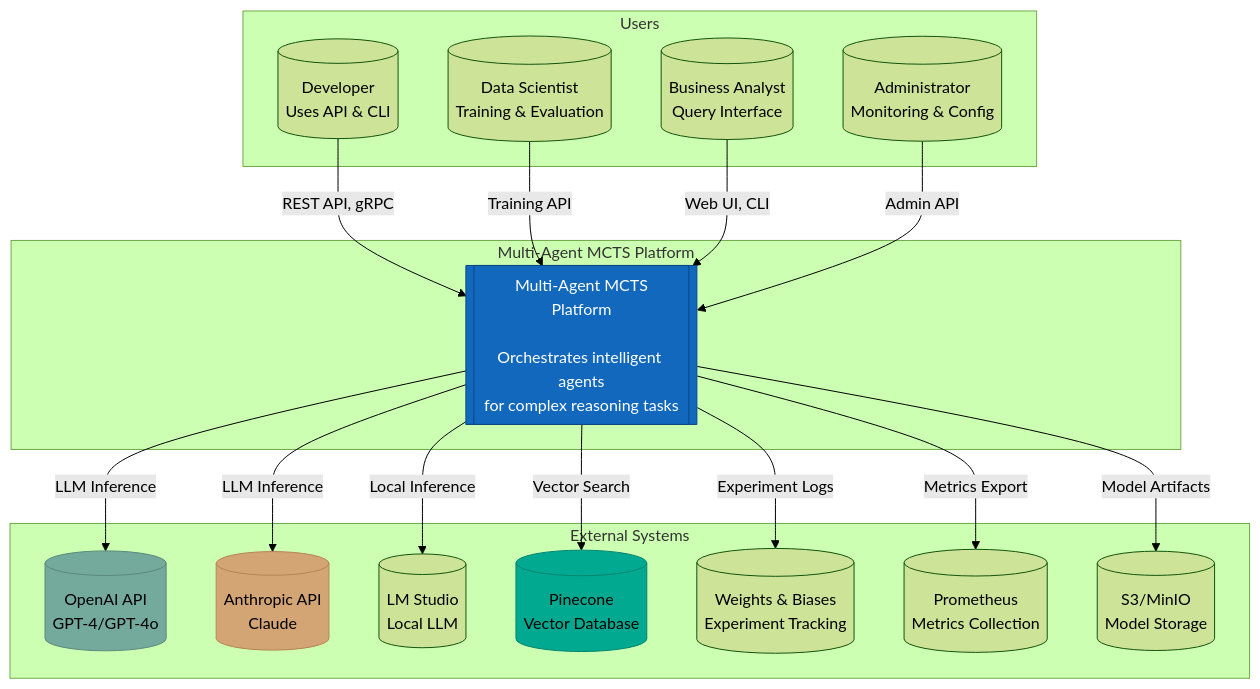
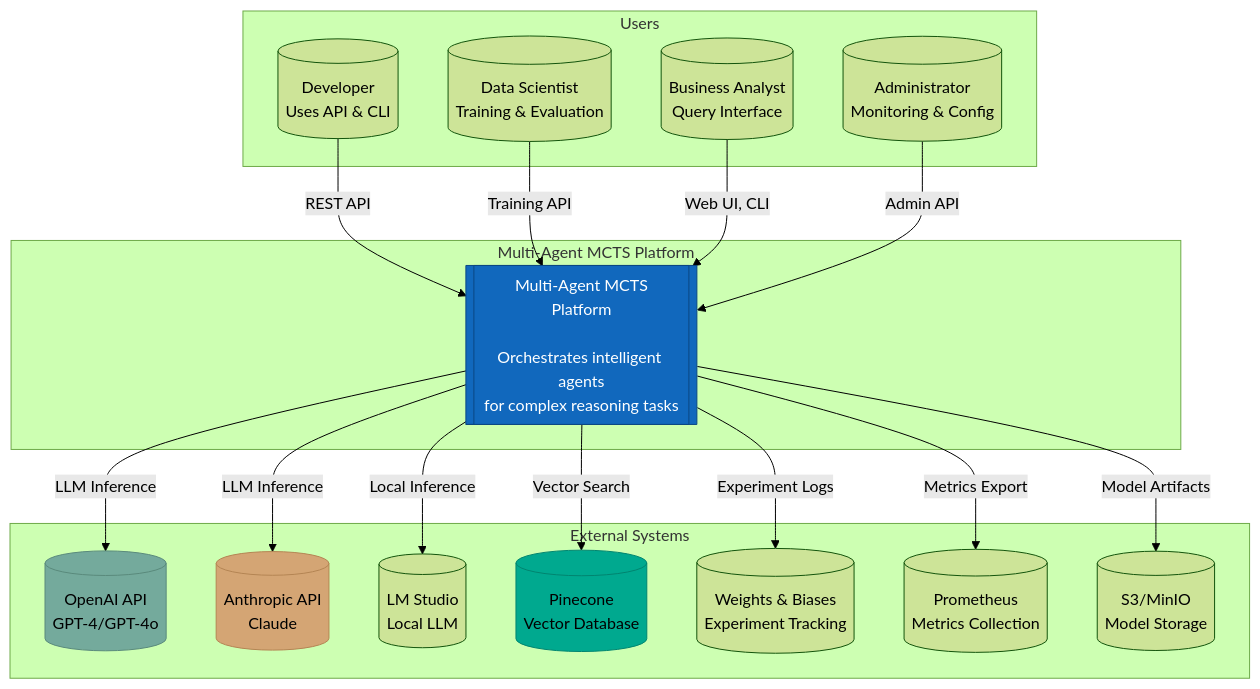
Before and after one commit to ianshank/langgraph_multi_agent_mcts: the first of 20 diagrams in docs/C4_MERMAID_ARCHITECTURE.md, drawn with Mermaid (forest theme). The commit also changed other lines of this file and 3 other files, not shown here.

````diff
--- a/docs/C4_MERMAID_ARCHITECTURE.md
+++ b/docs/C4_MERMAID_ARCHITECTURE.md
@@ -24,41 +24,41 @@
 ```mermaid
 flowchart TB
     subgraph Users["Users"]
         DEV[("Developer<br/>Uses API & CLI")]
         DS[("Data Scientist<br/>Training & Evaluation")]
         ANALYST[("Business Analyst<br/>Query Interface")]
         ADMIN[("Administrator<br/>Monitoring & Config")]
     end
 
     subgraph Core["Multi-Agent MCTS Platform"]
         PLATFORM[["Multi-Agent MCTS<br/>Platform<br/><br/>Orchestrates intelligent agents<br/>for complex reasoning tasks"]]
     end
 
     subgraph External["External Systems"]
         OPENAI[("OpenAI API<br/>GPT-4/GPT-4o")]
         ANTHROPIC[("Anthropic API<br/>Claude")]
         LMSTUDIO[("LM Studio<br/>Local LLM")]
         PINECONE[("Pinecone<br/>Vector Database")]
         WANDB[("Weights & Biases<br/>Experiment Tracking")]
         PROMETHEUS[("Prometheus<br/>Metrics Collection")]
         S3[("S3/MinIO<br/>Model Storage")]
     end
 
-    DEV -->|REST API, gRPC| PLATFORM
+    DEV -->|REST API| PLATFORM
     DS -->|Training API| PLATFORM
     ANALYST -->|Web UI, CLI| PLATFORM
     ADMIN -->|Admin API| PLATFORM
 
     PLATFORM -->|LLM Inference| OPENAI
     PLATFORM -->|LLM Inference| ANTHROPIC
     PLATFORM -->|Local Inference| LMSTUDIO
     PLATFORM -->|Vector Search| PINECONE
     PLATFORM -->|Experiment Logs| WANDB
     PLATFORM -->|Metrics Export| PROMETHEUS
     PLATFORM -->|Model Artifacts| S3
 
     style PLATFORM fill:#1168bd,stroke:#0b4884,color:#fff
     style OPENAI fill:#74aa9c,stroke:#5a8a7c
     style ANTHROPIC fill:#d4a574,stroke:#b48554
     style PINECONE fill:#00a98f,stroke:#008570
 ```
````
